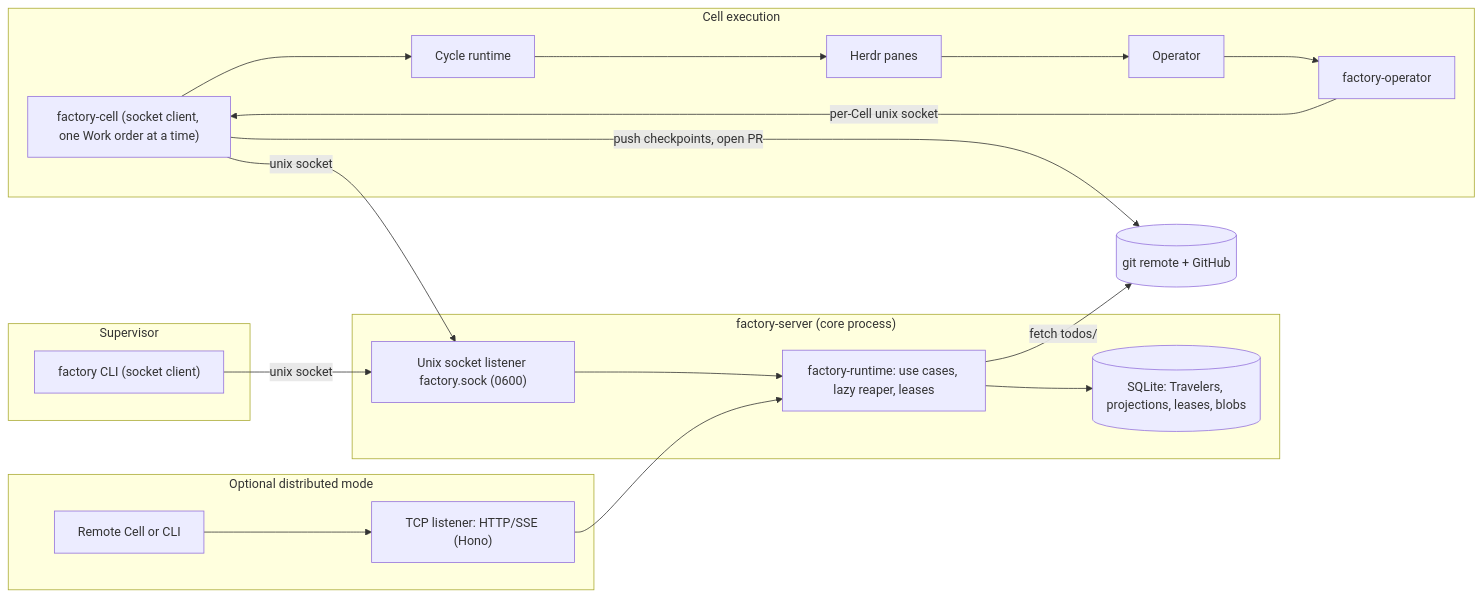
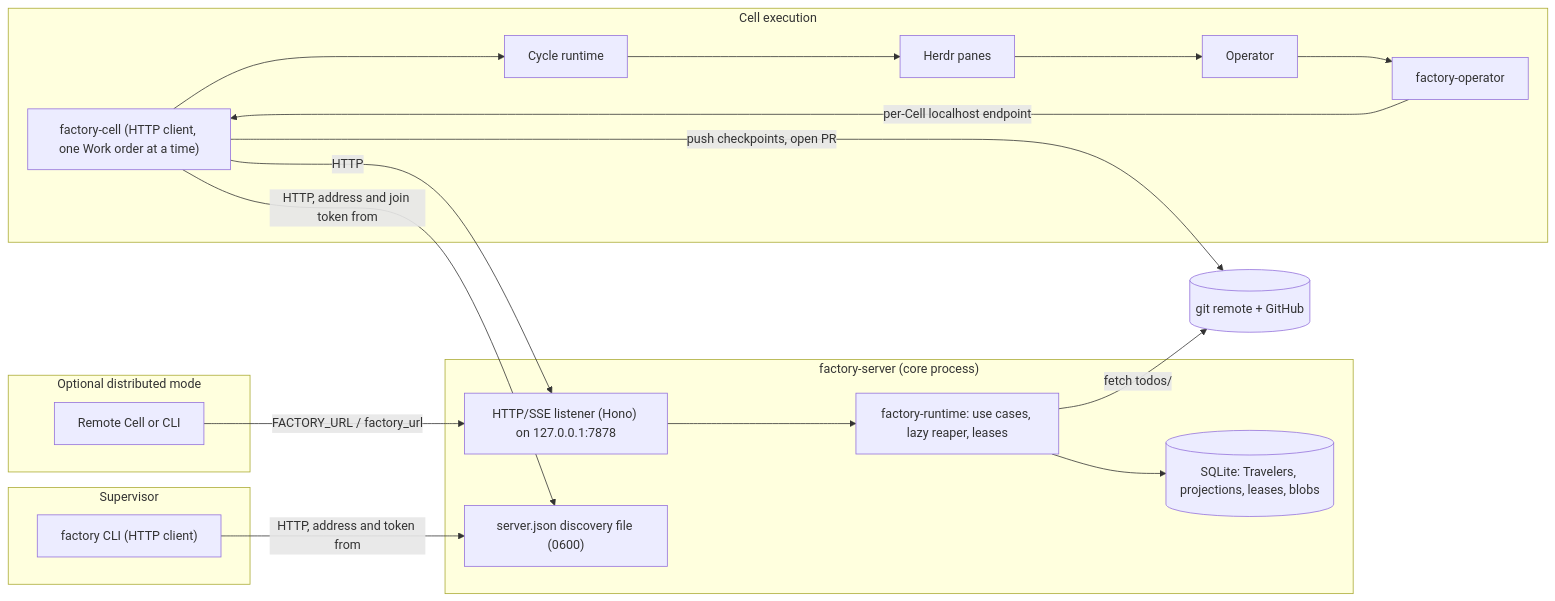
The first of 8 diagrams in docs/PLAN.md (xyashino/software-factory), drawn with Mermaid before and after one commit. The commit also changed other lines of this file and 81 other files, not shown here.

````diff
--- a/docs/PLAN.md
+++ b/docs/PLAN.md
@@ -70,39 +73,39 @@
 ```mermaid
 flowchart LR
   subgraph Supervisor["Supervisor"]
-    CLI["factory CLI (socket client)"]
+    CLI["factory CLI (HTTP client)"]
   end
 
   subgraph Server["factory-server (core process)"]
     APP["factory-runtime: use cases, lazy reaper, leases"]
     DB[("SQLite: Travelers, projections, leases, blobs")]
-    SOCK["Unix socket listener factory.sock (0600)"]
+    HTTP["HTTP/SSE listener (Hono) on 127.0.0.1:7878"]
+    DISC["server.json discovery file (0600)"]
+    HTTP --> APP
     APP --> DB
-    SOCK --> APP
   end
 
   subgraph Remote["Optional distributed mode"]
-    HTTP["TCP listener: HTTP/SSE (Hono)"]
     REMOTE["Remote Cell or CLI"]
-    REMOTE --> HTTP
+    REMOTE -->|"FACTORY_URL / factory_url"| HTTP
   end
 
   subgraph CellHost["Cell execution"]
-    C["factory-cell (socket client, one Work order at a time)"]
+    C["factory-cell (HTTP client, one Work order at a time)"]
     RT["Cycle runtime"]
     H["Herdr panes"]
     OP["Operator"]
     FXO["factory-operator"]
     C --> RT --> H --> OP
     OP --> FXO
-    FXO -->|"per-Cell unix socket"| C
+    FXO -->|"per-Cell localhost endpoint"| C
   end
 
-  CLI -->|"unix socket"| SOCK
-  C -->|"unix socket"| SOCK
-  HTTP --> APP
+  CLI -->|"HTTP, address and token from"| DISC
+  C -->|"HTTP, address and join token from"| DISC
+  C -->|"HTTP"| HTTP
 
   GIT[("git remote + GitHub")]
   C -->|"push checkpoints, open PR"| GIT
   APP -->|"fetch todos/"| GIT
 ```
````
